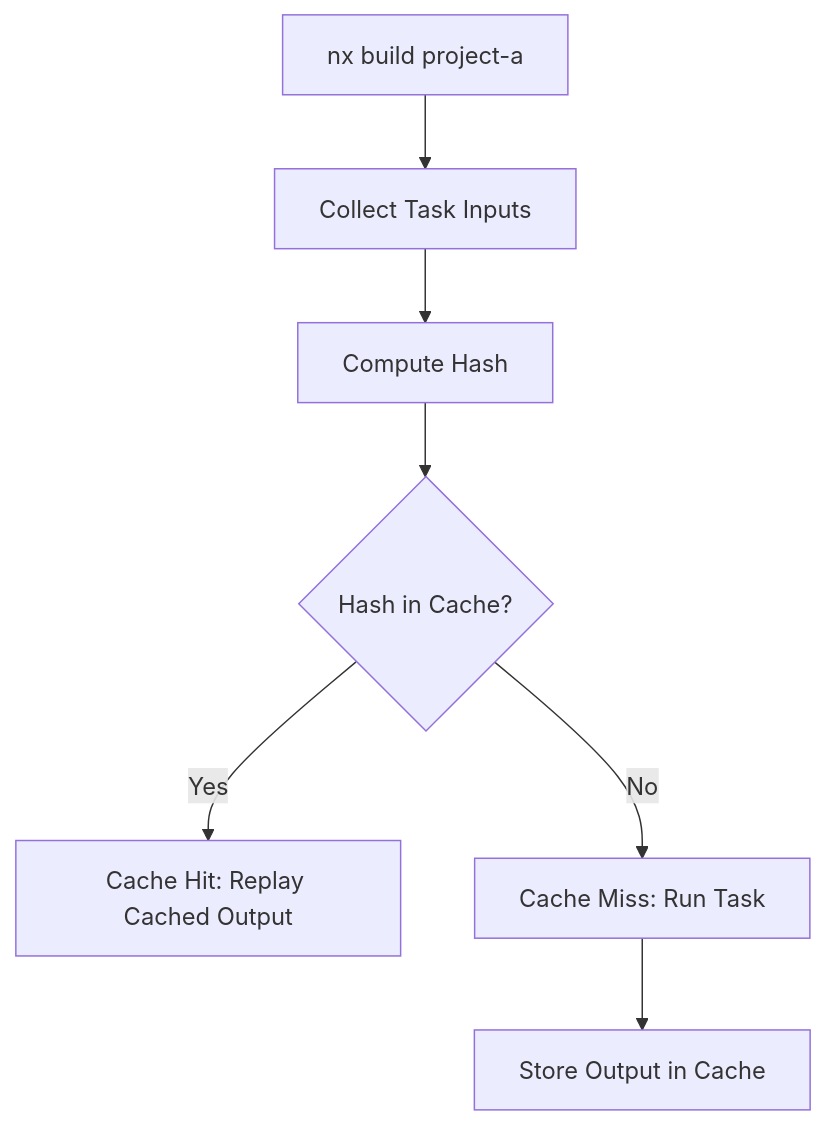
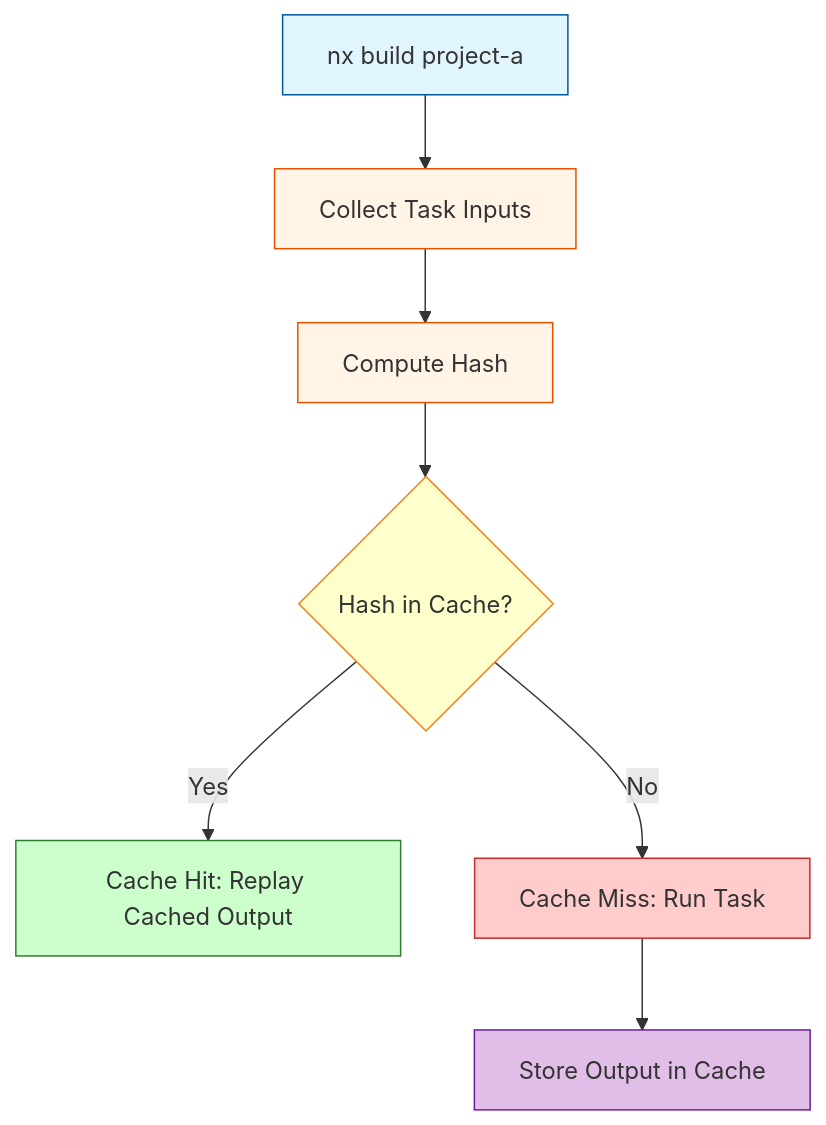
Before and after one commit to edbzn/edbzn.github.io: the second of 2 diagrams in content/blog/understanding-nx-affected-graph-vs-cache-hits/index.md, drawn with Mermaid. The commit also changed other lines of this file, not shown here.

Commit message:
Refactor affected graph and caching explanations for clarity and consistency

````diff
--- a/content/blog/understanding-nx-affected-graph-vs-cache-hits/index.md
+++ b/content/blog/understanding-nx-affected-graph-vs-cache-hits/index.md
@@ -100,9 +100,17 @@
 ```mermaid
 graph TD
   CMD[nx build project-a] --> Inputs[Collect Task Inputs]
   Inputs --> Hash[Compute Hash]
   Hash --> Check{Hash in Cache?}
-  Check -- Yes --> Replay[Cache Hit: Replay Cached Output]
-  Check -- No --> Run[Cache Miss: Run Task]
+  Check -->|Yes| Replay[Cache Hit: Replay Cached Output]
+  Check -->|No| Run[Cache Miss: Run Task]
   Run --> Store[Store Output in Cache]
+
+  style CMD fill:#e1f5ff,stroke:#01579b
+  style Inputs fill:#fff4e6,stroke:#e65100
+  style Hash fill:#fff4e6,stroke:#e65100
+  style Check fill:#ffffcc,stroke:#f57f17
+  style Replay fill:#ccffcc,stroke:#2e7d32
+  style Run fill:#ffcccc,stroke:#c62828
+  style Store fill:#e1bee7,stroke:#6a1b9a
 ```
````
